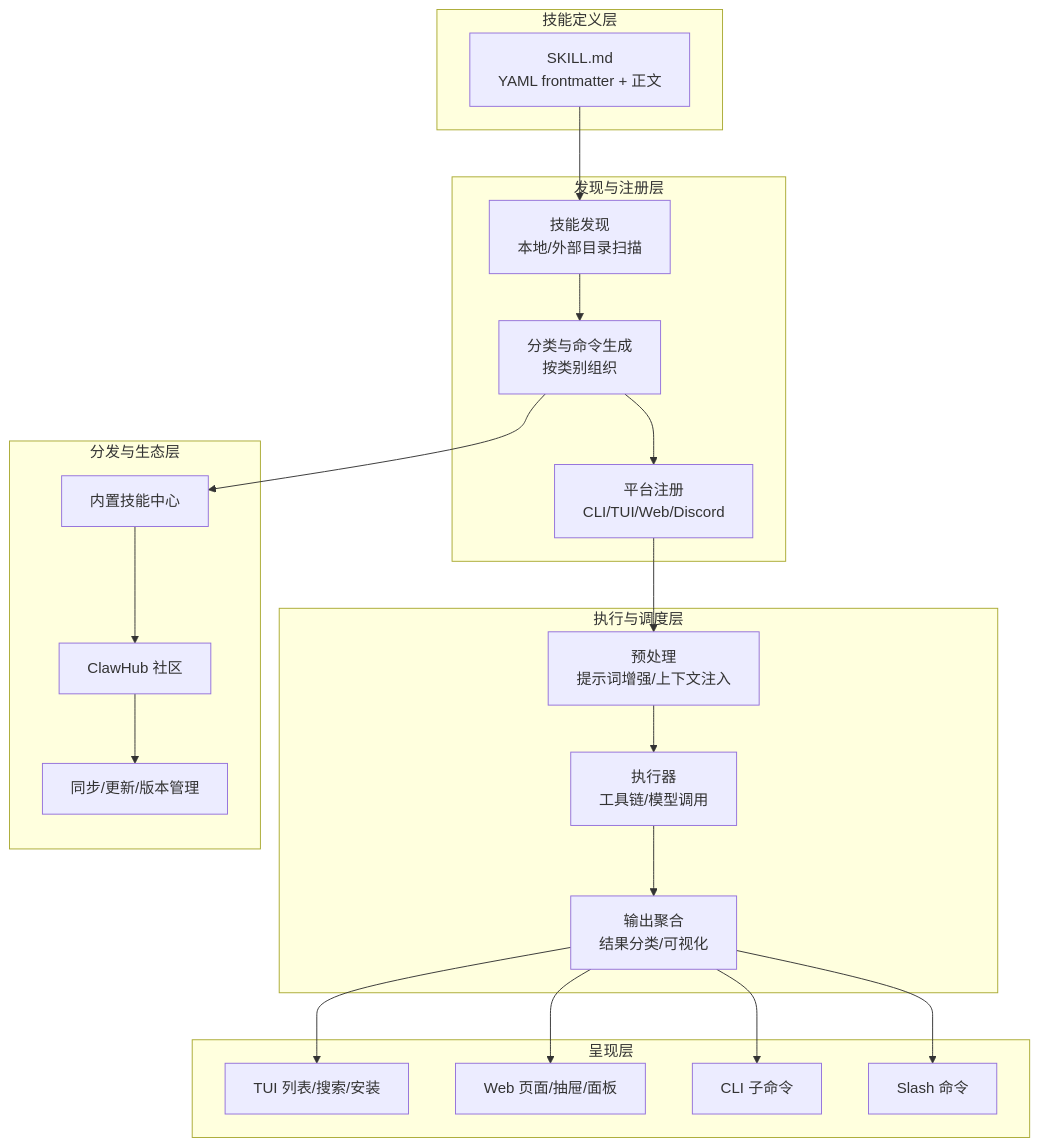
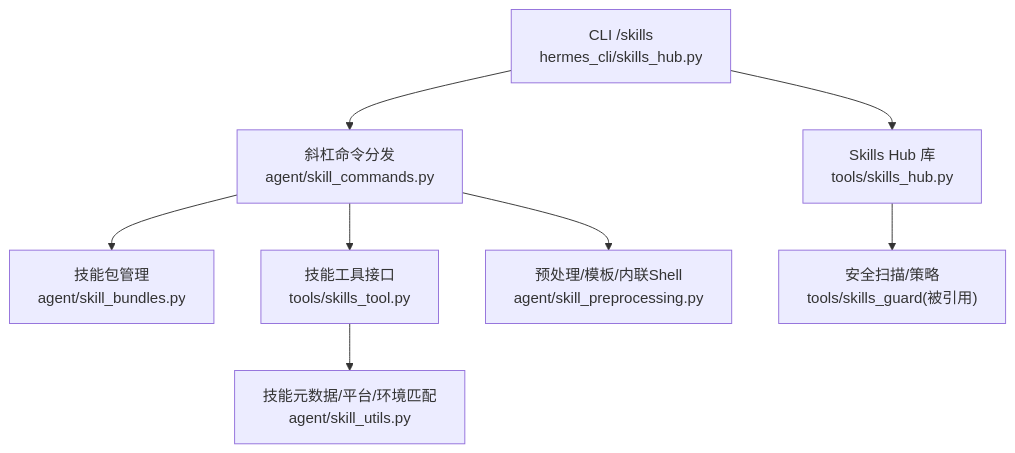
One commit to haolange/hermes-agent changed the first of 7 diagrams in .qoder/repowiki/zh/content/技能系统/技能系统.md. Above: the diagram before and after it, drawn with Mermaid. The commit also changed other lines of this file and 1206 other files, not shown here.

````diff
--- a/.qoder/repowiki/zh/content/技能系统/技能系统.md
+++ b/.qoder/repowiki/zh/content/技能系统/技能系统.md
@@ -52,34 +37,10 @@
 ```mermaid
 graph TB
-subgraph "技能定义层"
-SKILL["SKILL.md<br/>YAML frontmatter + 正文"]
-end
-subgraph "发现与注册层"
-DISC["技能发现<br/>本地/外部目录扫描"]
-CAT["分类与命令生成<br/>按类别组织"]
-REG["平台注册<br/>CLI/TUI/Web/Discord"]
-end
-subgraph "执行与调度层"
-PRE["预处理<br/>提示词增强/上下文注入"]
-EXEC["执行器<br/>工具链/模型调用"]
-OUT["输出聚合<br/>结果分类/可视化"]
-end
-subgraph "呈现层"
-TUI["TUI 列表/搜索/安装"]
-WEB["Web 页面/抽屉/面板"]
-CLI["CLI 子命令"]
-DISCORD["Slash 命令"]
-end
-subgraph "分发与生态层"
-HUB["内置技能中心"]
-CLAW["ClawHub 社区"]
-SYNC["同步/更新/版本管理"]
-end
-SKILL --> DISC --> CAT --> REG
-REG --> PRE --> EXEC --> OUT
-OUT --> TUI
-OUT --> WEB
-OUT --> CLI
-OUT --> DISCORD
-CAT --> HUB --> CLAW --> SYNC
+CLI["CLI /skills<br/>hermes_cli/skills_hub.py"] --> HUB["Skills Hub 库<br/>tools/skills_hub.py"]
+CLI --> SLASH["斜杠命令分发<br/>agent/skill_commands.py"]
+SLASH --> BUNDLE["技能包管理<br/>agent/skill_bundles.py"]
+SLASH --> TOOL["技能工具接口<br/>tools/skills_tool.py"]
+TOOL --> UTILS["技能元数据/平台/环境匹配<br/>agent/skill_utils.py"]
+SLASH --> PRE["预处理/模板/内联Shell<br/>agent/skill_preprocessing.py"]
+HUB --> SCAN["安全扫描/策略<br/>tools/skills_guard(被引用)"]
 ```
````
